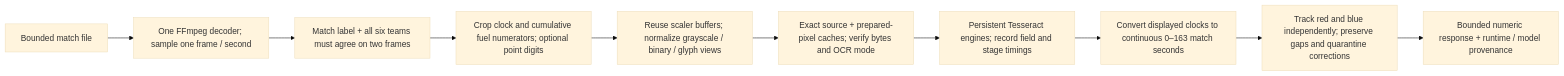
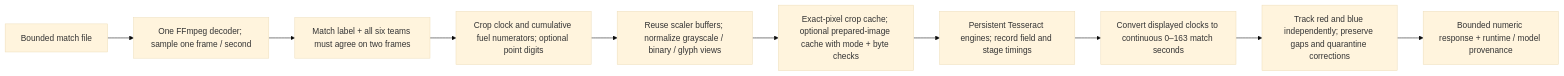
The second of 2 diagrams in README.md (HighlanderRobotics/lovat), drawn with Mermaid (base theme) before and after one commit. The commit also changed other lines of this file and 11 other files, not shown here.

````diff
--- a/README.md
+++ b/README.md
@@ -70,12 +71,12 @@
 ```mermaid
 flowchart LR
     Video["Bounded match file"] --> Decode["One FFmpeg decoder; sample one frame / second"]
     Decode --> Identity["Match label + all six teams must agree on two frames"]
     Identity --> Crops["Crop clock and cumulative fuel numerators; optional point digits"]
     Crops --> Scale["Reuse scaler buffers; normalize grayscale / binary / glyph views"]
-    Scale --> Cache["Exact source + prepared-pixel caches; verify bytes and OCR mode"]
+    Scale --> Cache["Exact-pixel crop cache; optional prepared-image cache with mode + byte checks"]
     Cache --> Tess["Persistent Tesseract engines; record field and stage timings"]
     Tess --> Clock["Convert displayed clocks to continuous 0–163 match seconds"]
     Clock --> Channels["Track red and blue independently; preserve gaps and quarantine corrections"]
     Channels --> Out["Bounded numeric response + runtime / model provenance"]
 ```
````
